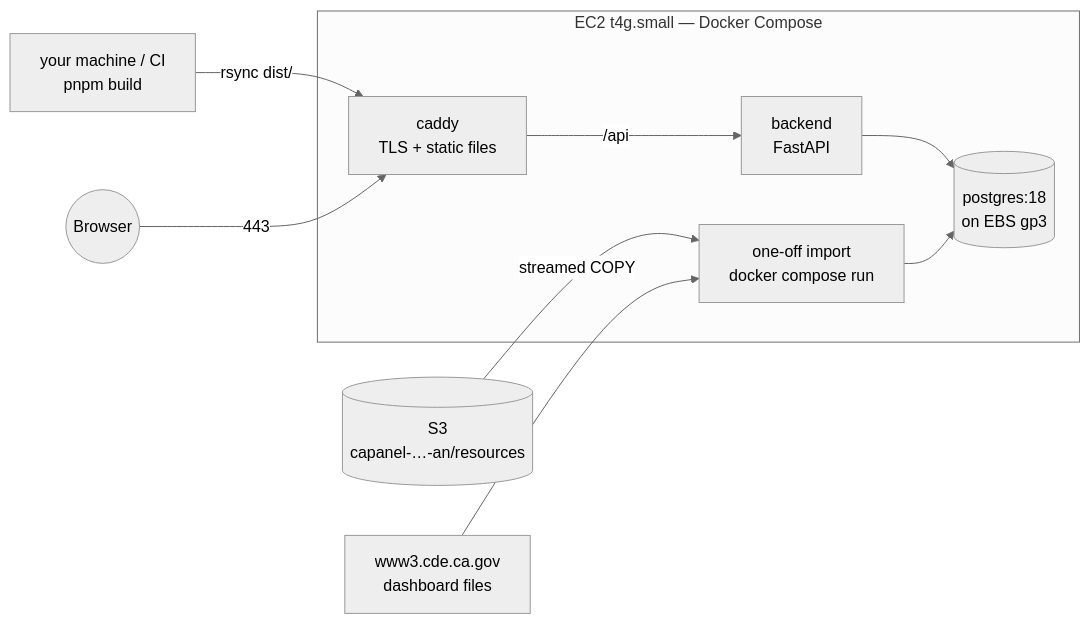
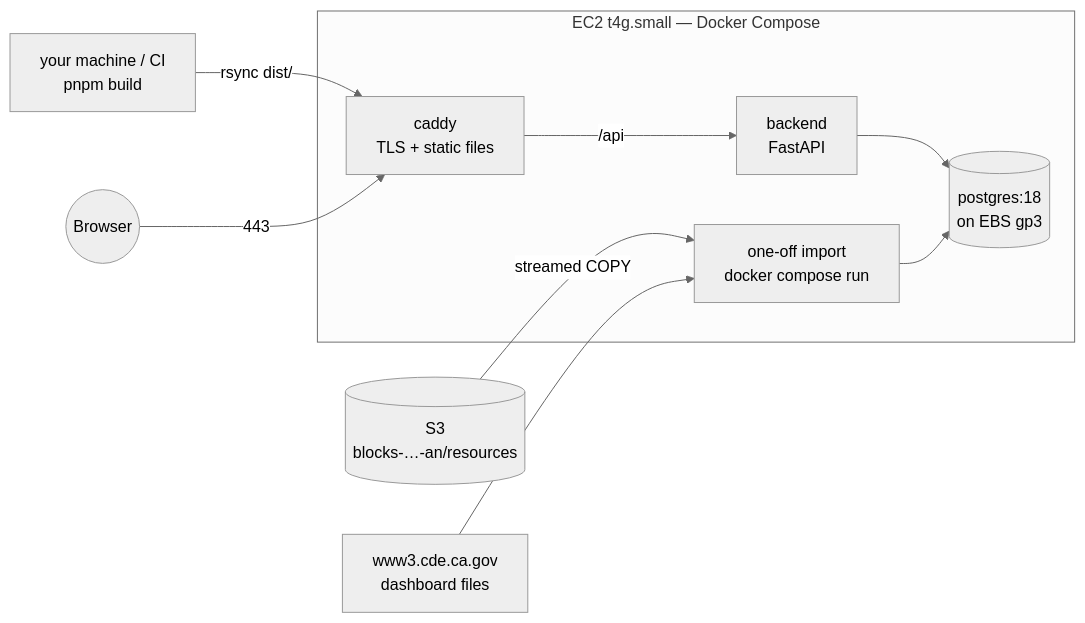
Before and after one commit to natebass/app-capanel-doc: the diagram in backend/docs/source/developer-guide/aws-deployment.md, drawn with Mermaid (neutral theme). The commit also changed other lines of this file and 29 other files, not shown here.

````diff
--- a/backend/docs/source/developer-guide/aws-deployment.md
+++ b/backend/docs/source/developer-guide/aws-deployment.md
@@ -45,12 +45,12 @@
 ```{mermaid}
 flowchart LR
     DEV["your machine / CI<br/>pnpm build"] -->|rsync dist/| CADDY
     USER((Browser)) -->|443| CADDY
     subgraph EC2["EC2 t4g.small — Docker Compose"]
         CADDY["caddy<br/>TLS + static files"] -->|/api| API["backend<br/>FastAPI"]
         API --> DB[("postgres:18<br/>on EBS gp3")]
         IMPORT["one-off import<br/>docker compose run"] --> DB
     end
-    S3[("S3<br/>capanel-…-an/resources")] -->|streamed COPY| IMPORT
+    S3[("S3<br/>blocks-…-an/resources")] -->|streamed COPY| IMPORT
     CDE["www3.cde.ca.gov<br/>dashboard files"] --> IMPORT
 ```
````
